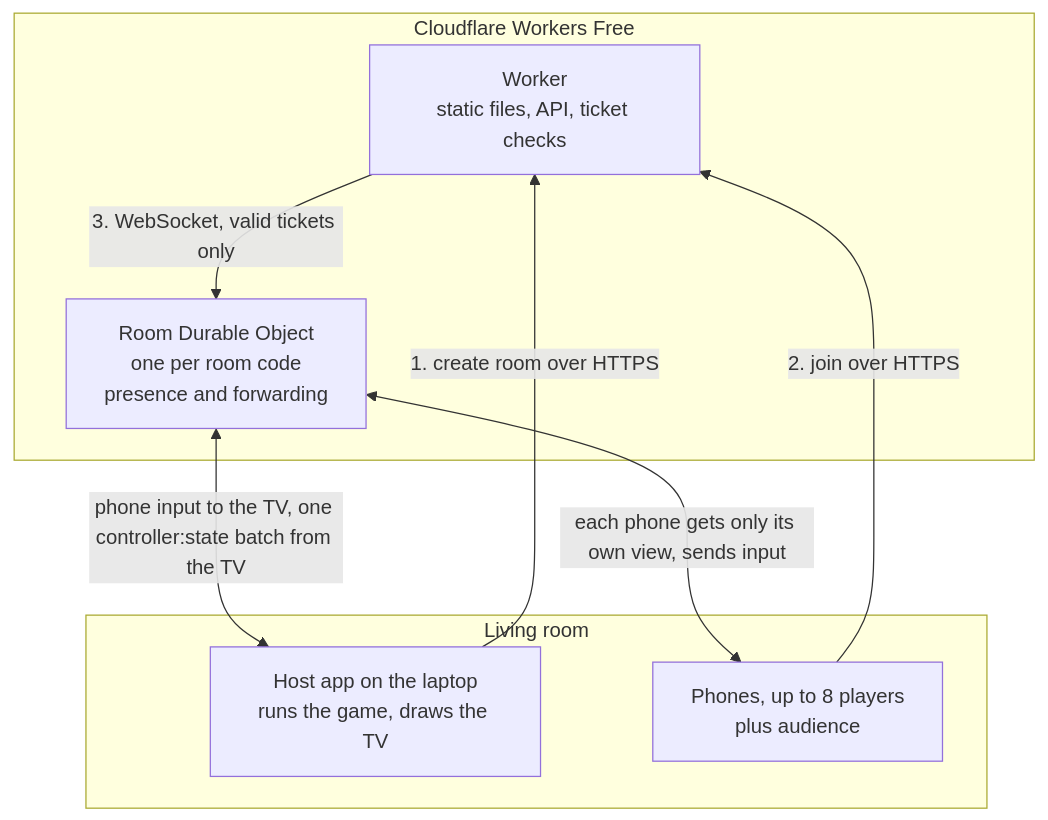
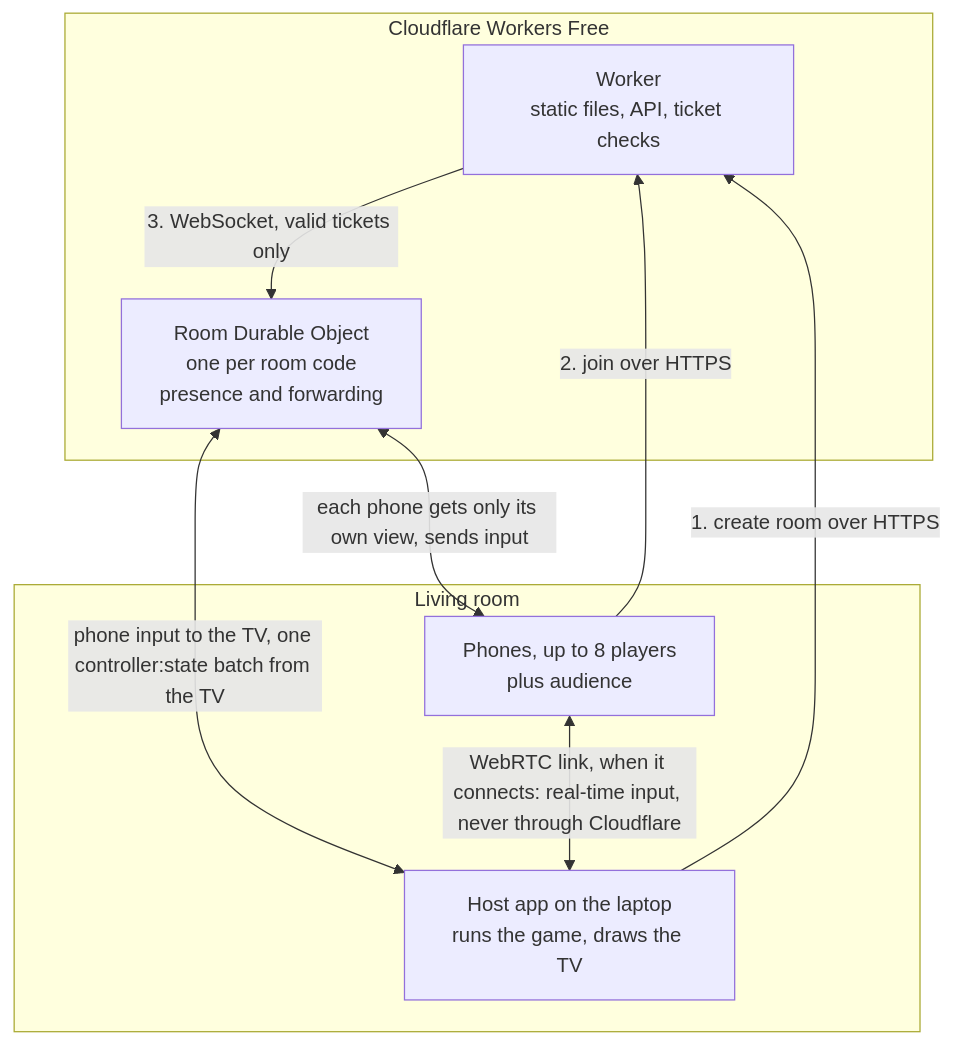
One commit to dipsaus9/Couchcade changed the first of 7 diagrams in docs/architecture/platform.md. Above: the diagram before and after it, drawn with Mermaid. The commit also changed other lines of this file and 6 other files, not shown here.

````diff
--- a/docs/architecture/platform.md
+++ b/docs/architecture/platform.md
@@ -80,16 +80,17 @@
 ```mermaid
 flowchart TB
   subgraph cf["Cloudflare Workers Free"]
     worker["Worker<br/>static files, API, ticket checks"]
     room["Room Durable Object<br/>one per room code<br/>presence and forwarding"]
   end
   subgraph home["Living room"]
     tv["Host app on the laptop<br/>runs the game, draws the TV"]
     phones["Phones, up to 8 players<br/>plus audience"]
   end
   tv -->|"1. create room over HTTPS"| worker
   phones -->|"2. join over HTTPS"| worker
   worker -->|"3. WebSocket, valid tickets only"| room
   room <-->|"phone input to the TV, one controller:state batch from the TV"| tv
   room <-->|"each phone gets only its own view, sends input"| phones
+  phones <-->|"WebRTC link, when it connects: real-time input, never through Cloudflare"| tv
 ```
````
